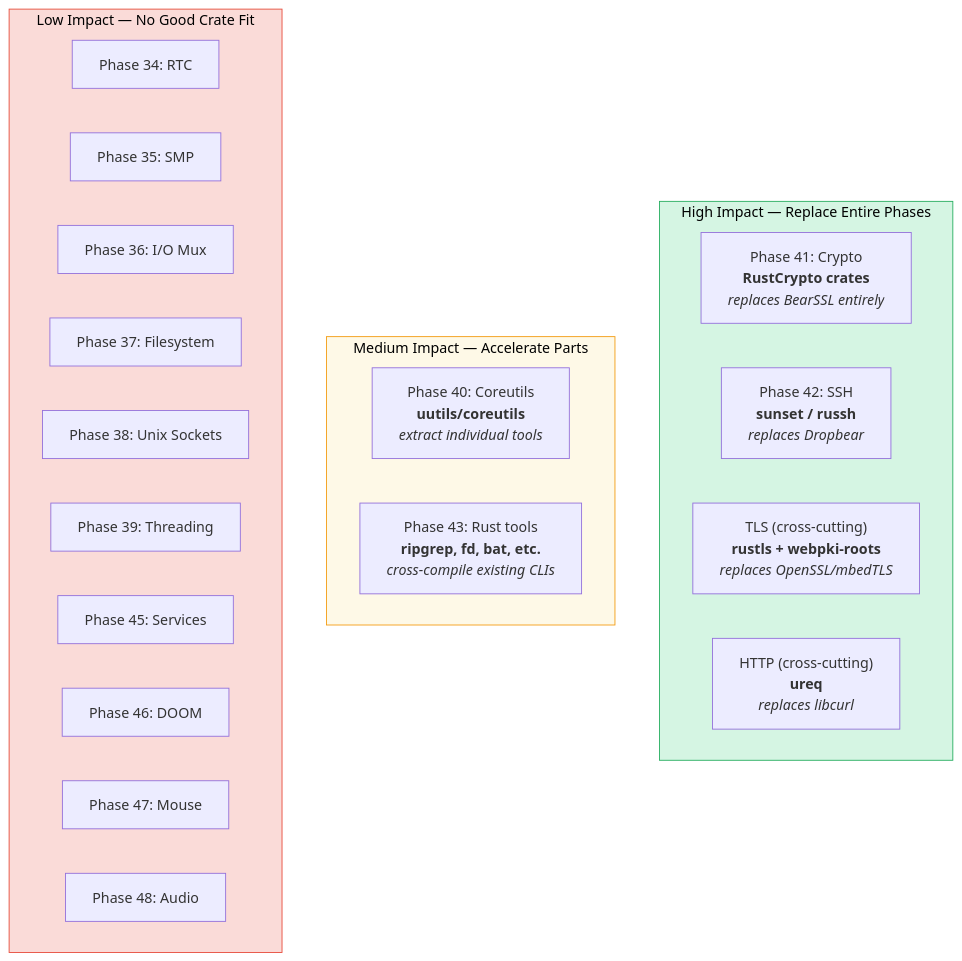
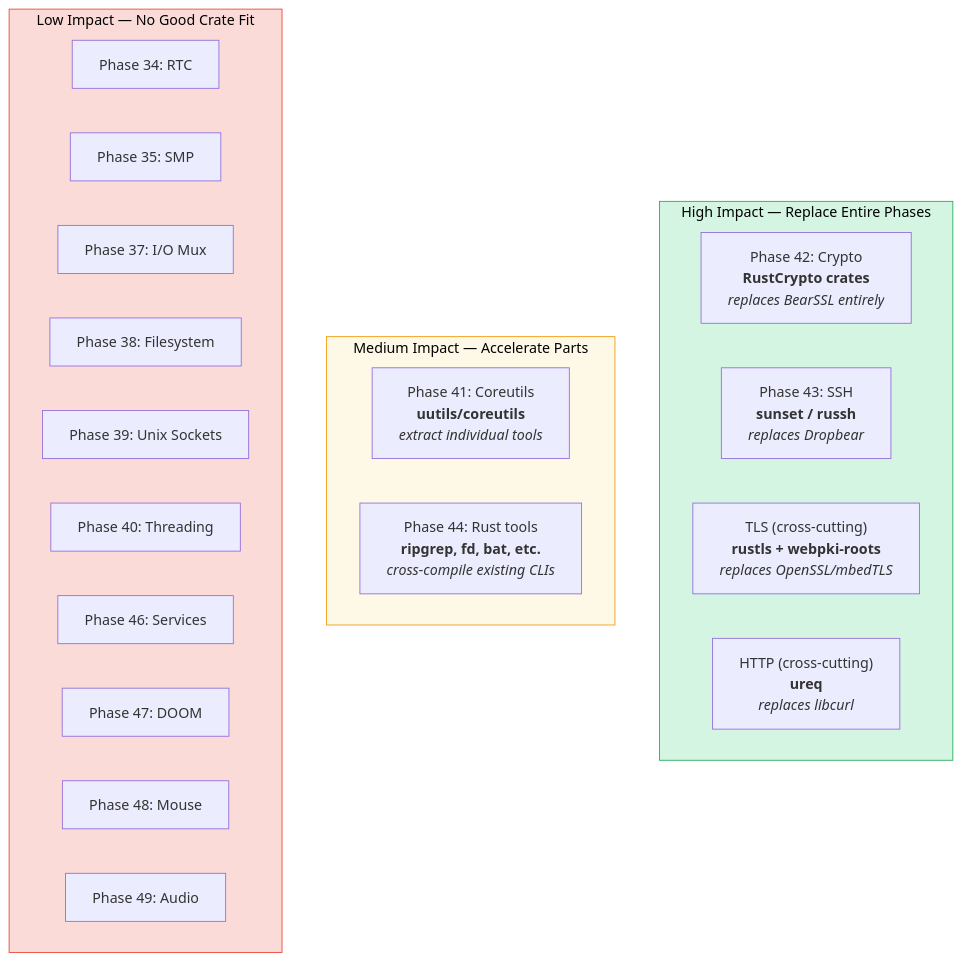
The first of 5 diagrams in docs/rust-crate-acceleration.md (mikecubed/m3OS), drawn with Mermaid before and after one commit. The commit also changed other lines of this file and 34 other files, not shown here.

````diff
--- a/docs/rust-crate-acceleration.md
+++ b/docs/rust-crate-acceleration.md
@@ -11,31 +11,31 @@
 ```mermaid
 flowchart TD
     subgraph HIGH ["High Impact — Replace Entire Phases"]
-        CRYPTO["Phase 41: Crypto<br/><b>RustCrypto crates</b><br/><i>replaces BearSSL entirely</i>"]
-        SSH["Phase 42: SSH<br/><b>sunset / russh</b><br/><i>replaces Dropbear</i>"]
+        CRYPTO["Phase 42: Crypto<br/><b>RustCrypto crates</b><br/><i>replaces BearSSL entirely</i>"]
+        SSH["Phase 43: SSH<br/><b>sunset / russh</b><br/><i>replaces Dropbear</i>"]
         TLS["TLS (cross-cutting)<br/><b>rustls + webpki-roots</b><br/><i>replaces OpenSSL/mbedTLS</i>"]
         HTTP["HTTP (cross-cutting)<br/><b>ureq</b><br/><i>replaces libcurl</i>"]
     end
 
     subgraph MEDIUM ["Medium Impact — Accelerate Parts"]
-        COREUTILS["Phase 40: Coreutils<br/><b>uutils/coreutils</b><br/><i>extract individual tools</i>"]
-        UTILS["Phase 43: Rust tools<br/><b>ripgrep, fd, bat, etc.</b><br/><i>cross-compile existing CLIs</i>"]
+        COREUTILS["Phase 41: Coreutils<br/><b>uutils/coreutils</b><br/><i>extract individual tools</i>"]
+        UTILS["Phase 44: Rust tools<br/><b>ripgrep, fd, bat, etc.</b><br/><i>cross-compile existing CLIs</i>"]
     end
 
     subgraph LOW ["Low Impact — No Good Crate Fit"]
         RTC["Phase 34: RTC"]
         SMP["Phase 35: SMP"]
-        IO["Phase 36: I/O Mux"]
-        FS["Phase 37: Filesystem"]
-        UNIX["Phase 38: Unix Sockets"]
-        THREAD["Phase 39: Threading"]
-        SVC["Phase 45: Services"]
-        DOOM["Phase 46: DOOM"]
-        MOUSE["Phase 47: Mouse"]
-        AUDIO["Phase 48: Audio"]
+        IO["Phase 37: I/O Mux"]
+        FS["Phase 38: Filesystem"]
+        UNIX["Phase 39: Unix Sockets"]
+        THREAD["Phase 40: Threading"]
+        SVC["Phase 46: Services"]
+        DOOM["Phase 47: DOOM"]
+        MOUSE["Phase 48: Mouse"]
+        AUDIO["Phase 49: Audio"]
     end
 
     style HIGH fill:#d5f5e3,stroke:#27ae60,color:#000
     style MEDIUM fill:#fef9e7,stroke:#f39c12,color:#000
     style LOW fill:#fadbd8,stroke:#e74c3c,color:#000
 ```
````
